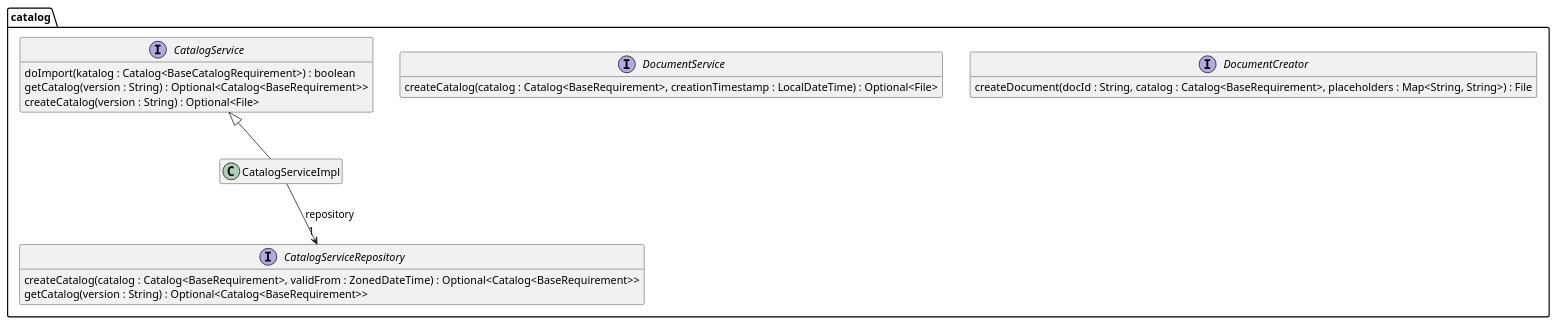
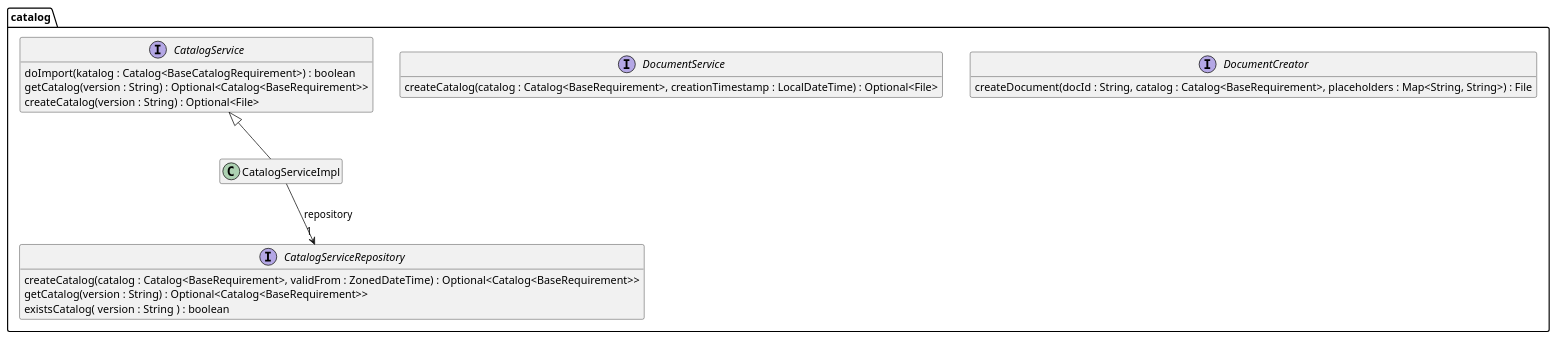
One commit to tailoringexpert/platform changed the diagram in src/site/arc42/plantuml/core/catalog/Ebene3.plantuml. Above: the diagram before and after it, drawn with PlantUML. The commit also changed 11 other files, not shown here.

Commit message:
implement existsCatalog checks

```diff
--- a/src/site/arc42/plantuml/core/catalog/Ebene3.plantuml
+++ b/src/site/arc42/plantuml/core/catalog/Ebene3.plantuml
@@ -1,31 +1,32 @@
 @startuml Ebene3.png
 hide empty members
 
 package catalog {
 
     interface DocumentCreator {
         createDocument(docId : String, catalog : Catalog<BaseRequirement>, placeholders : Map<String, String>) : File
     }
 
     interface DocumentService {
         createCatalog(catalog : Catalog<BaseRequirement>, creationTimestamp : LocalDateTime) : Optional<File>
     }
 
     interface CatalogService {
         doImport(katalog : Catalog<BaseCatalogRequirement>) : boolean
         getCatalog(version : String) : Optional<Catalog<BaseRequirement>>
         createCatalog(version : String) : Optional<File>
     }
 
     interface CatalogServiceRepository {
         createCatalog(catalog : Catalog<BaseRequirement>, validFrom : ZonedDateTime) : Optional<Catalog<BaseRequirement>>
         getCatalog(version : String) : Optional<Catalog<BaseRequirement>>
+        existsCatalog( version : String ) : boolean
     }
 
     class CatalogServiceImpl {
     }
     CatalogService <|-- CatalogServiceImpl
     CatalogServiceImpl --> "1" CatalogServiceRepository : repository
 
 }
 @enduml
```
